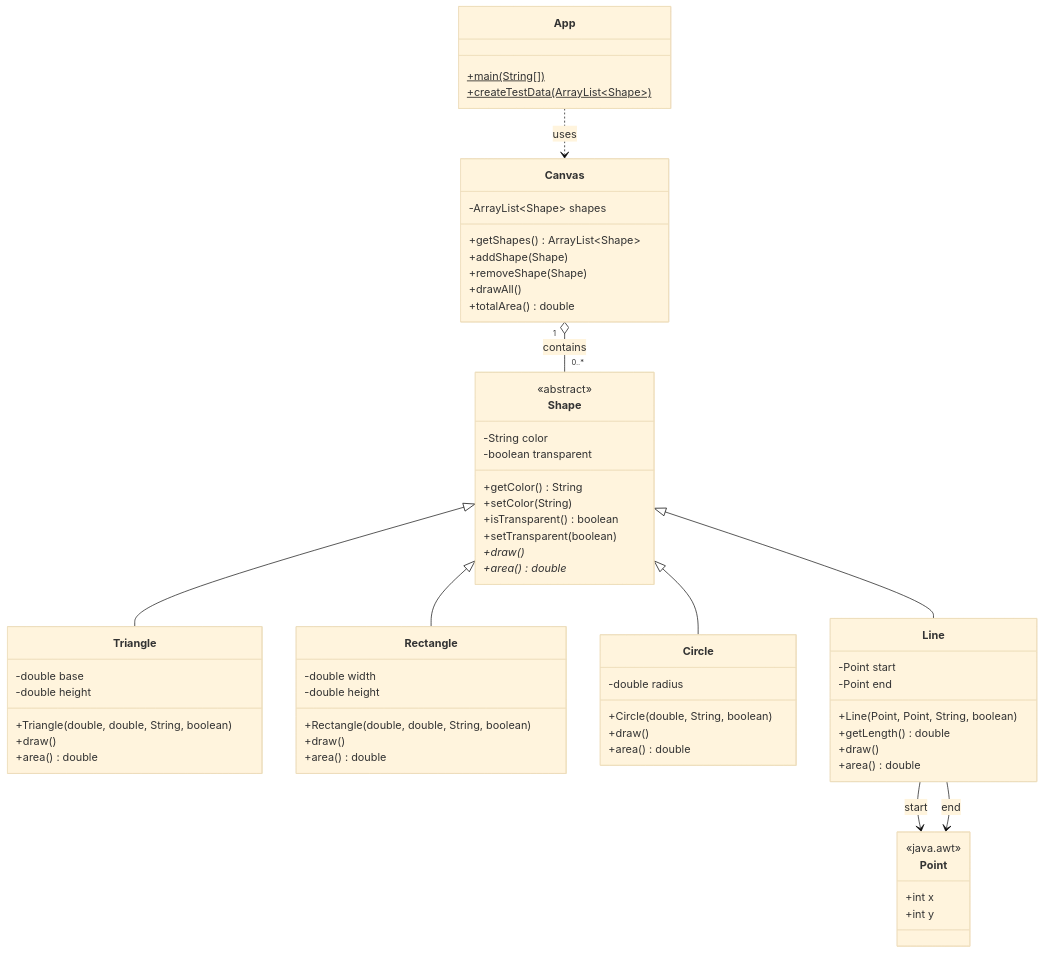
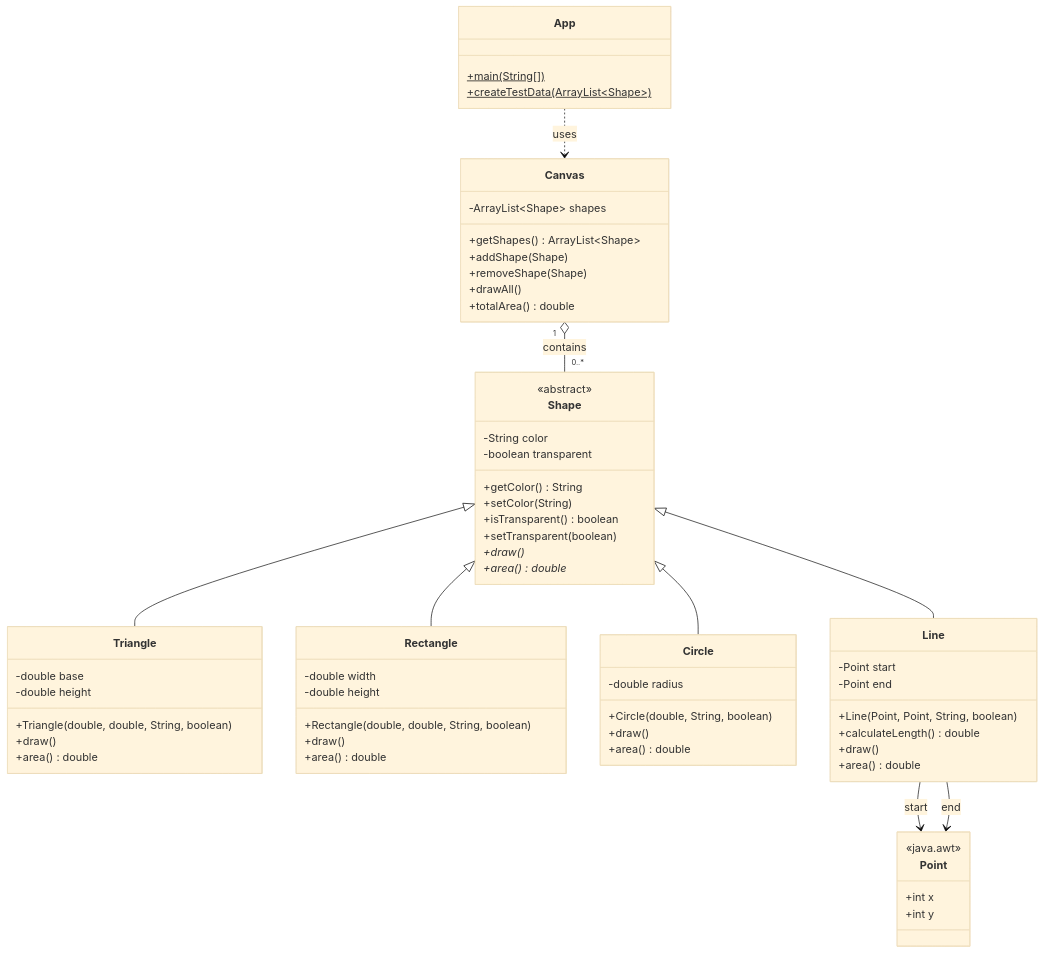
The diagram in README.md (tuo-vamk/vector-draw-app), drawn with Mermaid (base theme) before and after one commit.

Commit message:
fix class diagram

````diff
--- a/README.md
+++ b/README.md
@@ -7,75 +7,75 @@
 ```mermaid
 classDiagram
     class Shape {
         <<abstract>>
         -String color
         -boolean transparent
         +getColor() String
         +setColor(String)
         +isTransparent() boolean
         +setTransparent(boolean)
         +draw()*
         +area()* double
     }
 
     class Triangle {
         -double base
         -double height
         +Triangle(double, double, String, boolean)
         +draw()
         +area() double
     }
 
     class Rectangle {
         -double width
         -double height
         +Rectangle(double, double, String, boolean)
         +draw()
         +area() double
     }
 
     class Circle {
         -double radius
         +Circle(double, String, boolean)
         +draw()
         +area() double
     }
 
     class Line {
         -Point start
         -Point end
         +Line(Point, Point, String, boolean)
-        +getLength() double
+        +calculateLength() double
         +draw()
         +area() double
     }
 
     class Canvas {
         -ArrayList~Shape~ shapes
         +getShapes() ArrayList~Shape~
         +addShape(Shape)
         +removeShape(Shape)
         +drawAll()
         +totalArea() double
     }
 
     class App {
         +main(String[])$
         +createTestData(ArrayList~Shape~)$
     }
 
     class Point {
         <<java.awt>>
         +int x
         +int y
     }
 
     Shape <|-- Triangle
     Shape <|-- Rectangle
     Shape <|-- Circle
     Shape <|-- Line
     Canvas "1" o-- "0..*" Shape : contains
     App ..> Canvas : uses
     Line --> Point : start
     Line --> Point : end
 ```
````
